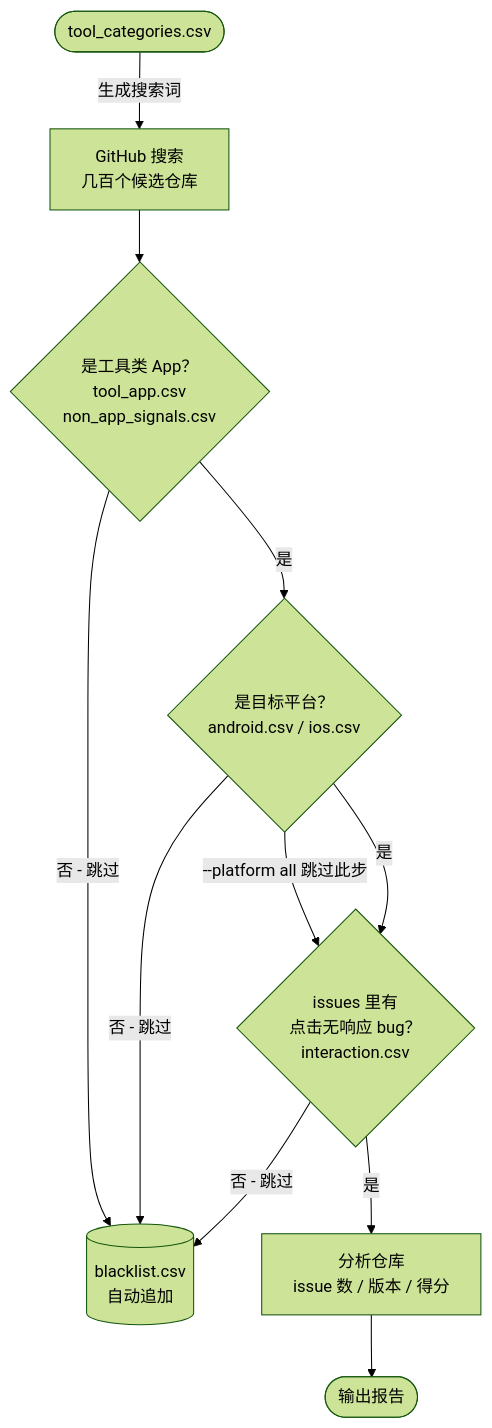
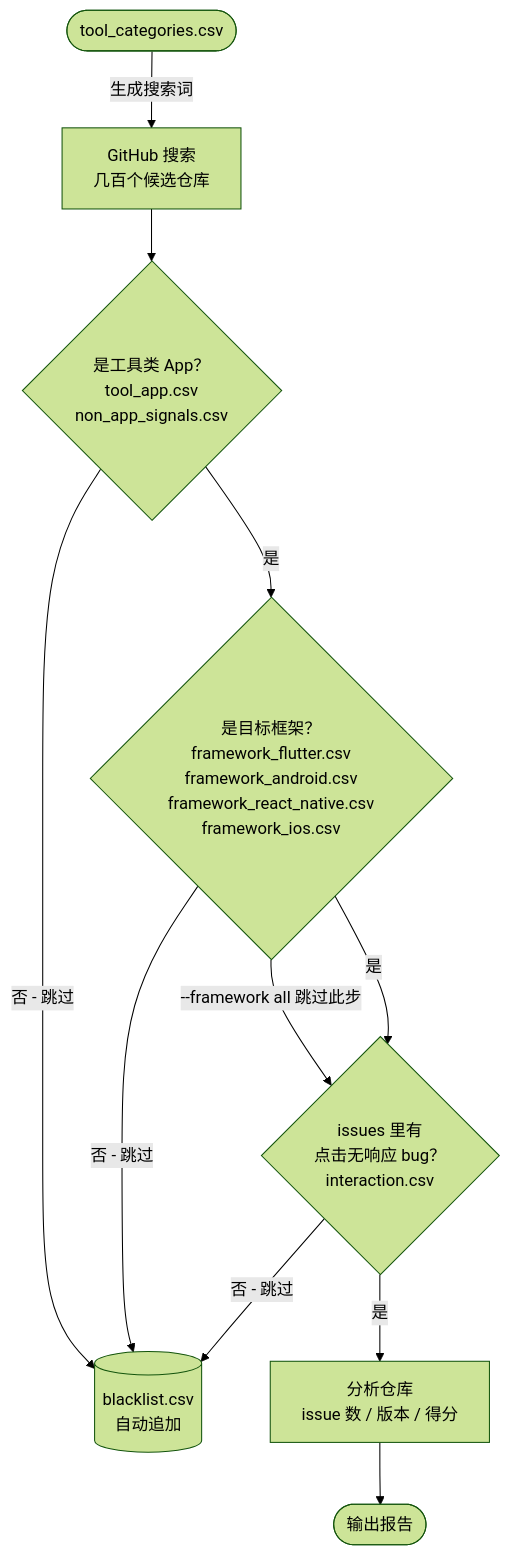
Before and after one commit to Dylanmengzhou/github_hunter: the diagram in README.md, drawn with Mermaid (forest theme). The commit also changed other lines of this file and 3 other files, not shown here.

````diff
--- a/README.md
+++ b/README.md
@@ -67,21 +70,24 @@
 ```mermaid
 flowchart TD
     A([tool_categories.csv]) -->|生成搜索词| B[GitHub 搜索
 几百个候选仓库]
     B --> C{是工具类 App？
 tool_app.csv
 non_app_signals.csv}
     C -->|否 - 跳过| BL[(blacklist.csv
 自动追加)]
-    C -->|是| D{是目标平台？
-android.csv / ios.csv}
-    D -->|--platform all 跳过此步| E
+    C -->|是| D{是目标框架？
+framework_flutter.csv
+framework_android.csv
+framework_react_native.csv
+framework_ios.csv}
+    D -->|--framework all 跳过此步| E
     D -->|否 - 跳过| BL
     D -->|是| E{issues 里有
 点击无响应 bug？
 interaction.csv}
     E -->|否 - 跳过| BL
     E -->|是| F[分析仓库
 issue 数 / 版本 / 得分]
     F --> G([输出报告])
 ```
````
